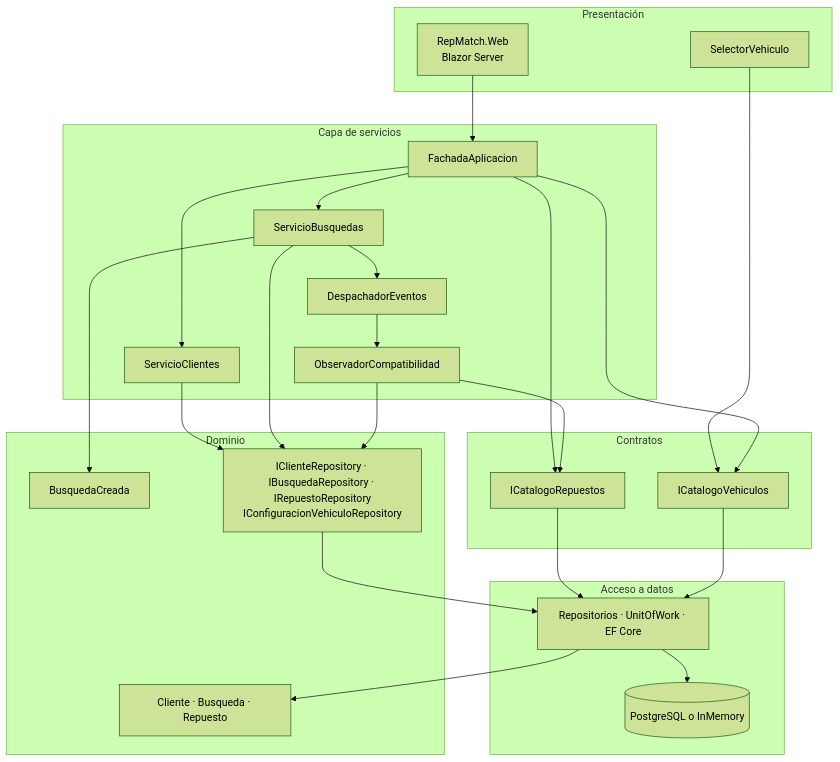
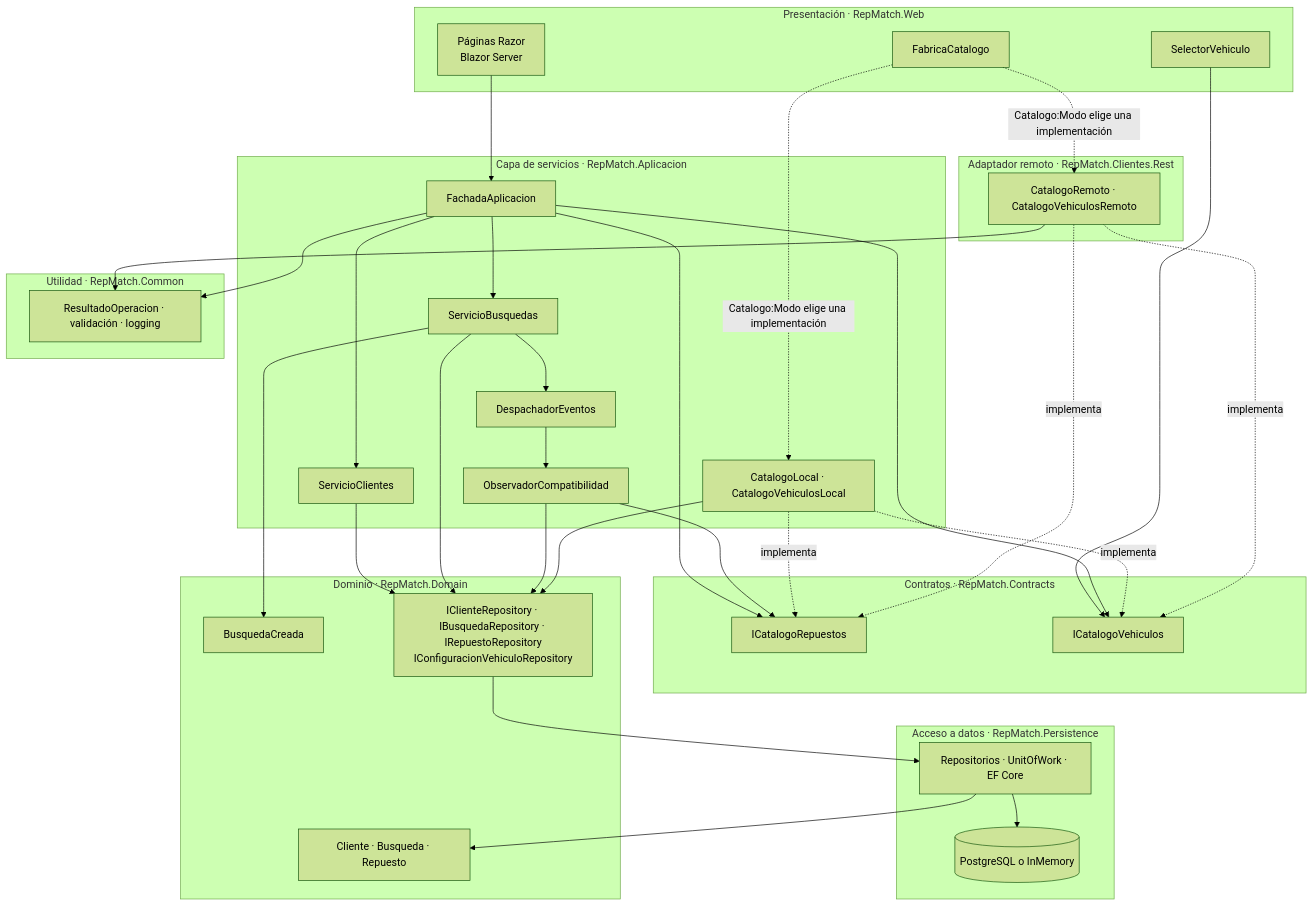
Before and after one commit to lfb-00/tp-apps-2: the diagram in docs/diagramas/capas.md, drawn with Mermaid (forest theme). The commit also changed other lines of this file and 4 other files, not shown here.

````diff
--- a/docs/diagramas/capas.md
+++ b/docs/diagramas/capas.md
@@ -6,50 +6,67 @@
 ```mermaid
 flowchart TB
-    subgraph presentacion["Presentación"]
-        WEB["RepMatch.Web<br/>Blazor Server"]
+    subgraph presentacion["Presentación · RepMatch.Web"]
+        WEB["Páginas Razor<br/>Blazor Server"]
         SEL["SelectorVehiculo"]
+        FAB["FabricaCatalogo"]
     end
 
-    subgraph servicios["Capa de servicios"]
+    subgraph servicios["Capa de servicios · RepMatch.Aplicacion"]
         FAC["FachadaAplicacion"]
         SC["ServicioClientes"]
         SB["ServicioBusquedas"]
         DES["DespachadorEventos"]
         OBS["ObservadorCompatibilidad"]
+        LOC["CatalogoLocal · CatalogoVehiculosLocal"]
     end
 
-    subgraph contratos["Contratos"]
+    subgraph remoto["Adaptador remoto · RepMatch.Clientes.Rest"]
+        REM["CatalogoRemoto · CatalogoVehiculosRemoto"]
+    end
+
+    subgraph contratos["Contratos · RepMatch.Contracts"]
         IC["ICatalogoRepuestos"]
         ICV["ICatalogoVehiculos"]
     end
 
-    subgraph dominio["Dominio"]
+    subgraph utilidad["Utilidad · RepMatch.Common"]
+        COM["ResultadoOperacion · validación · logging"]
+    end
+
+    subgraph dominio["Dominio · RepMatch.Domain"]
         ENT["Cliente · Busqueda · Repuesto"]
         EV["BusquedaCreada"]
         REPO["IClienteRepository · IBusquedaRepository · IRepuestoRepository<br/>IConfiguracionVehiculoRepository"]
     end
 
-    subgraph datos["Acceso a datos"]
+    subgraph datos["Acceso a datos · RepMatch.Persistence"]
         PER["Repositorios · UnitOfWork · EF Core"]
         BD[("PostgreSQL o InMemory")]
     end
 
     WEB --> FAC
     SEL --> ICV
+    FAB -. "Catalogo:Modo elige una implementación" .-> LOC
+    FAB -. "Catalogo:Modo elige una implementación" .-> REM
     FAC --> SC
     FAC --> SB
     FAC --> IC
     FAC --> ICV
+    FAC --> COM
     SB --> DES
     DES --> OBS
     OBS --> IC
     SC --> REPO
     SB --> REPO
     OBS --> REPO
     SB --> EV
-    IC --> PER
-    ICV --> PER
+    LOC -. implementa .-> IC
+    LOC -. implementa .-> ICV
+    REM -. implementa .-> IC
+    REM -. implementa .-> ICV
+    LOC --> REPO
+    REM --> COM
     REPO --> PER
     PER --> ENT
     PER --> BD
 ```
````
